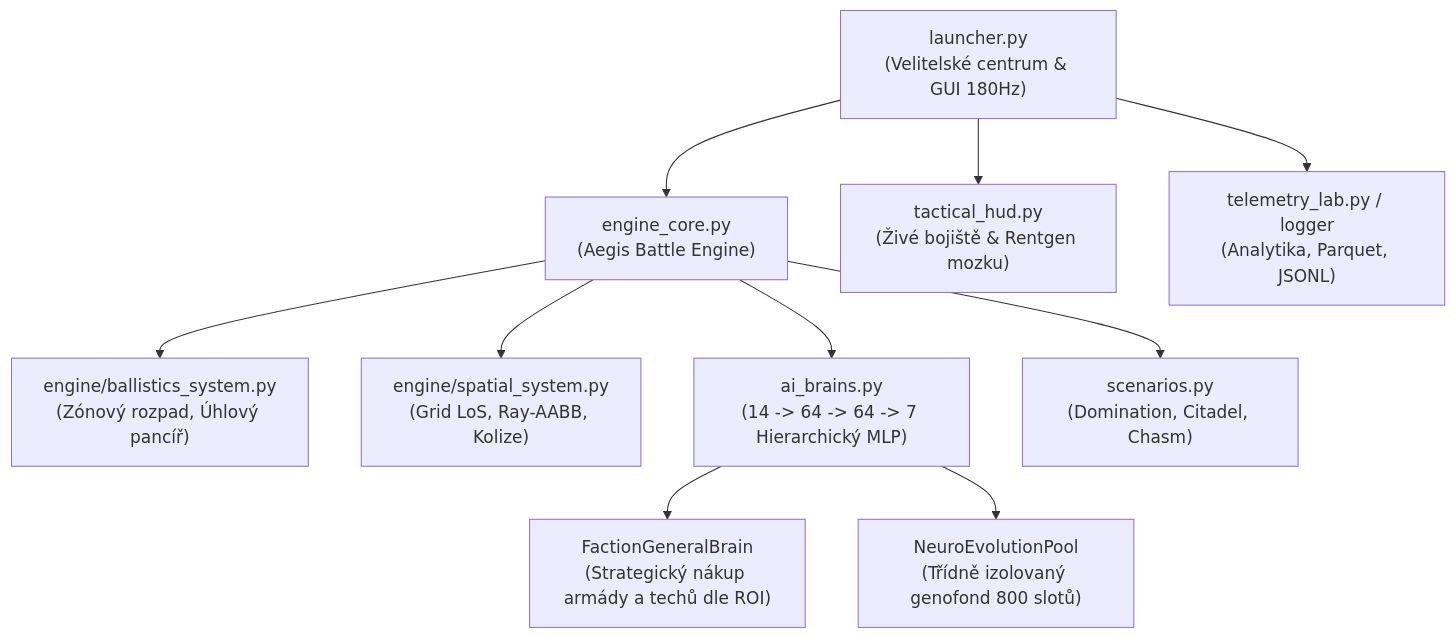
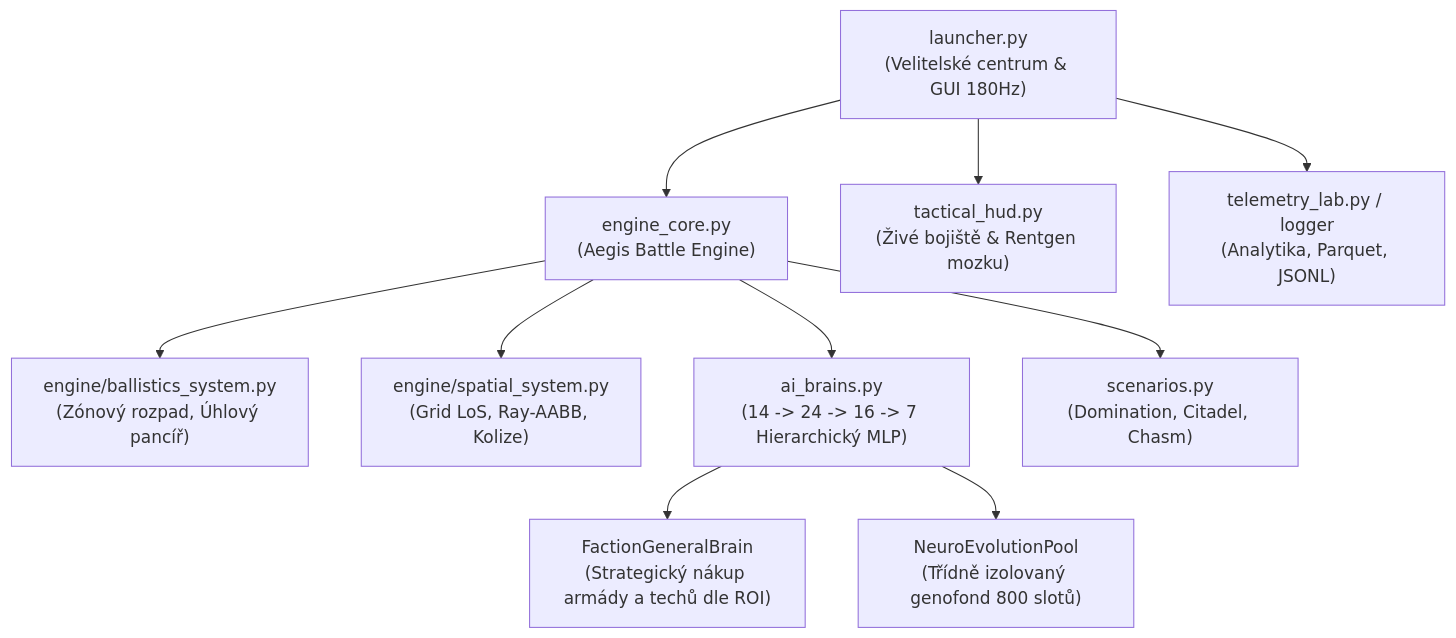
The first of 2 diagrams in README.md (Resiqwe/Aegis), drawn with Mermaid before and after one commit. The commit also changed 11 other files, not shown here.

````diff
--- a/README.md
+++ b/README.md
@@ -13,14 +13,14 @@
 ```mermaid
 graph TD
     Launcher["launcher.py<br/>(Velitelské centrum & GUI 180Hz)"] --> EngineCore["engine_core.py<br/>(Aegis Battle Engine)"]
     Launcher --> TacticalHUD["tactical_hud.py<br/>(Živé bojiště & Rentgen mozku)"]
     Launcher --> TelemetryLab["telemetry_lab.py / logger<br/>(Analytika, Parquet, JSONL)"]
 
     EngineCore --> Ballistics["engine/ballistics_system.py<br/>(Zónový rozpad, Úhlový pancíř)"]
     EngineCore --> Spatial["engine/spatial_system.py<br/>(Grid LoS, Ray-AABB, Kolize)"]
-    EngineCore --> AIBrains["ai_brains.py<br/>(14 -> 64 -> 64 -> 7 Hierarchický MLP)"]
+    EngineCore --> AIBrains["ai_brains.py<br/>(14 -> 24 -> 16 -> 7 Hierarchický MLP)"]
     EngineCore --> Scenarios["scenarios.py<br/>(Domination, Citadel, Chasm)"]
 
     AIBrains --> GeneralBrain["FactionGeneralBrain<br/>(Strategický nákup armády a techů dle ROI)"]
     AIBrains --> NeuroPool["NeuroEvolutionPool<br/>(Třídně izolovaný genofond 800 slotů)"]
 ```
````
